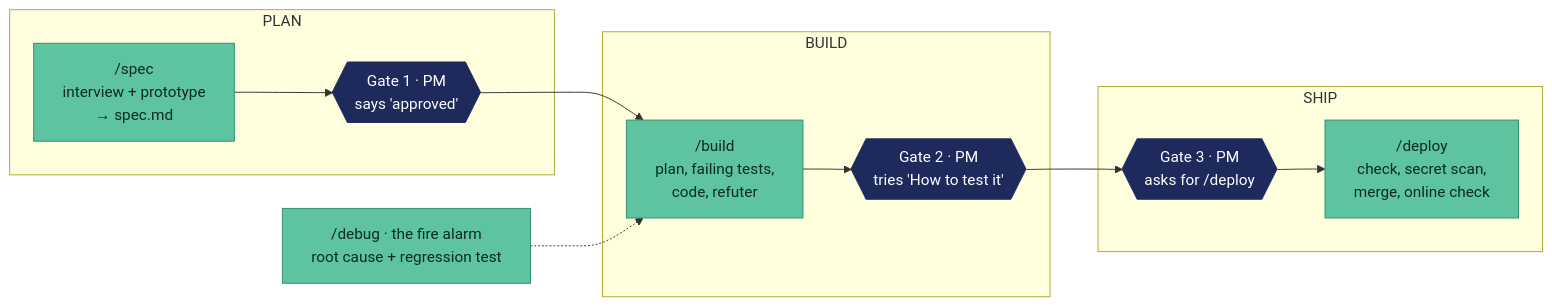
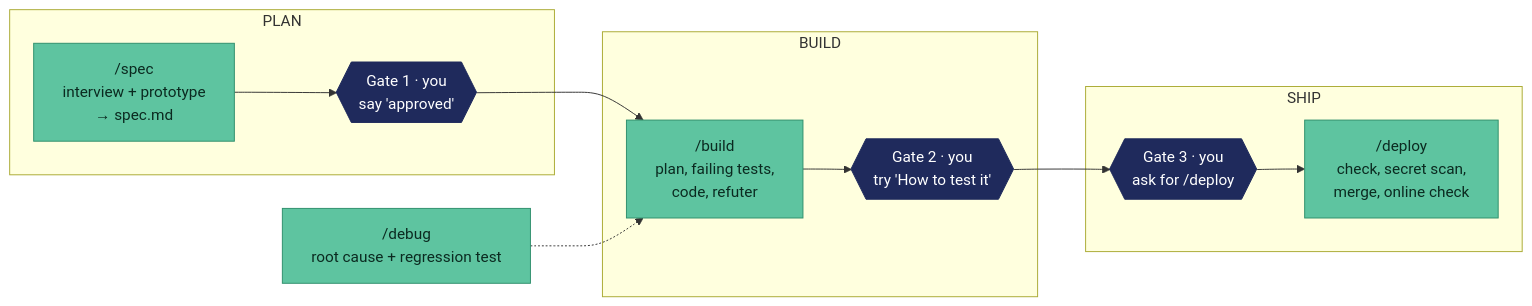
Before and after one commit to damiansandler/software-factory: the diagram in README.md, drawn with Mermaid. The commit also changed other lines of this file and 10 other files, not shown here.

````diff
--- a/README.md
+++ b/README.md
@@ -20,23 +28,23 @@
 ```mermaid
 flowchart LR
     subgraph PLAN
         spec["/spec<br/>interview + prototype<br/>→ spec.md"]
-        g1{{"Gate 1 · PM<br/>says 'approved'"}}
+        g1{{"Gate 1 · you<br/>say 'approved'"}}
     end
     subgraph BUILD
         build["/build<br/>plan, failing tests,<br/>code, refuter"]
-        g2{{"Gate 2 · PM<br/>tries 'How to test it'"}}
+        g2{{"Gate 2 · you<br/>try 'How to test it'"}}
     end
     subgraph SHIP
-        g3{{"Gate 3 · PM<br/>asks for /deploy"}}
+        g3{{"Gate 3 · you<br/>ask for /deploy"}}
         deploy["/deploy<br/>check, secret scan,<br/>merge, online check"]
     end
     spec --> g1 --> build --> g2 --> g3 --> deploy
-    debug["/debug · the fire alarm<br/>root cause + regression test"]
+    debug["/debug<br/>root cause + regression test"]
     debug -.-> build
 
     classDef agent fill:#5ec4a0,stroke:#2f8f6c,color:#0b2a20
     classDef gate fill:#1f2a5c,stroke:#1f2a5c,color:#ffffff
     class spec,build,deploy,debug agent
     class g1,g2,g3 gate
 ```
````
